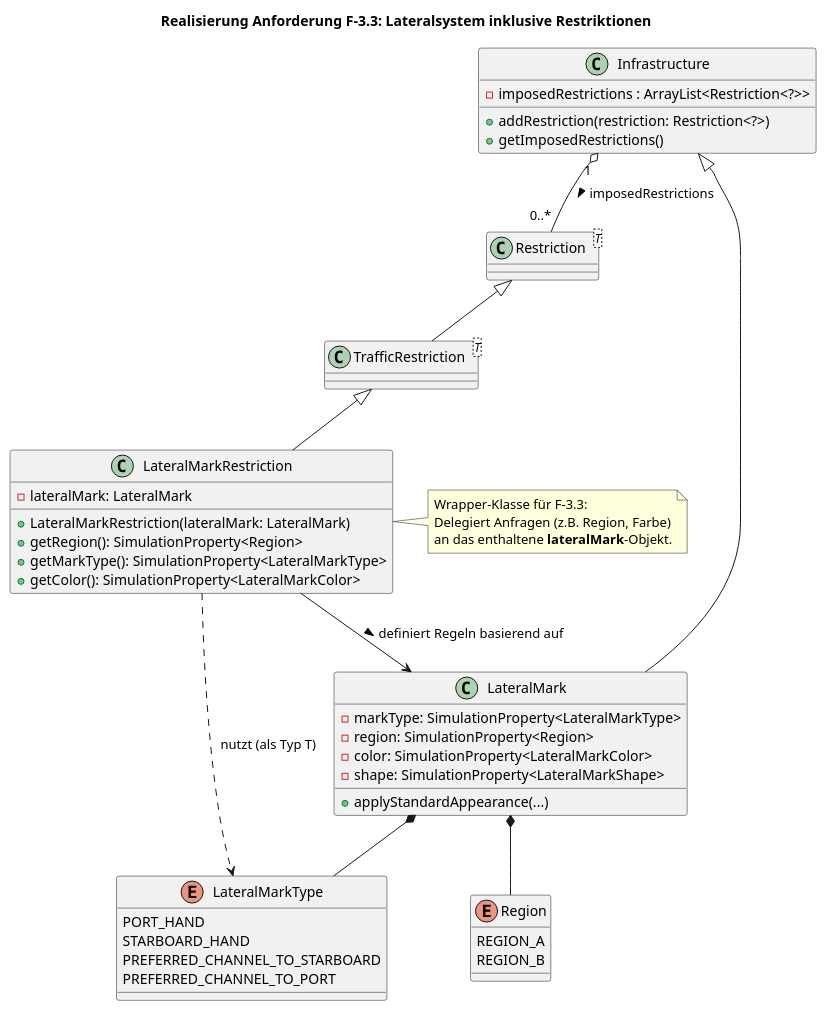
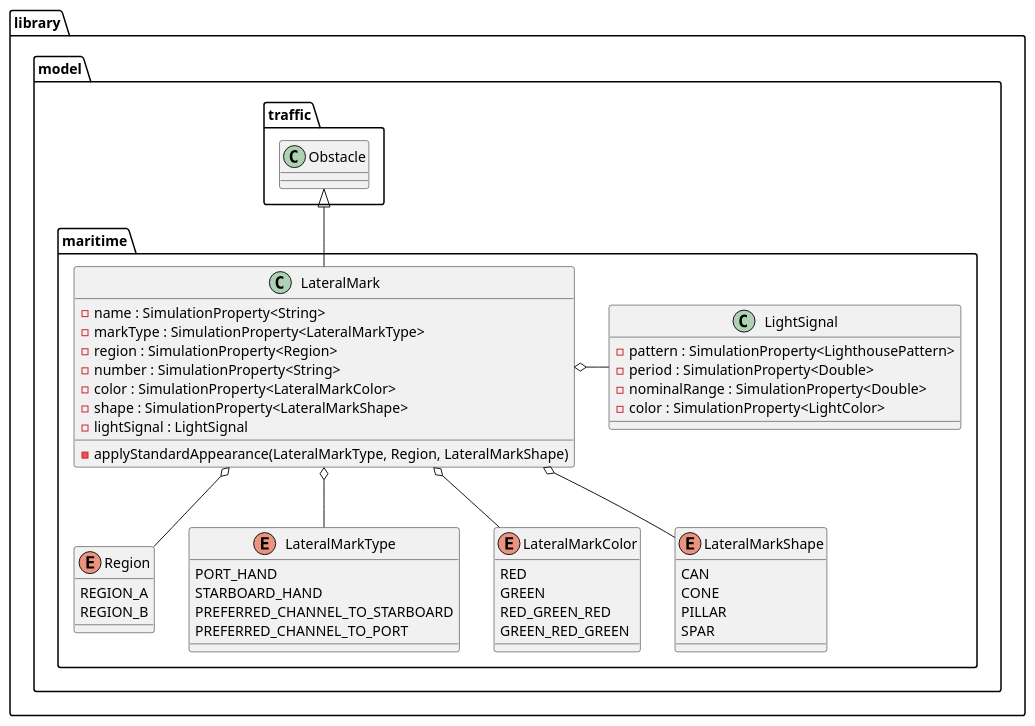
One commit to Jannik-Baar/mdtsenv changed the diagram in uml/F-33.puml. Above: the diagram before and after it, drawn with PlantUML. The commit also changed 15 other files, not shown here.

```diff
--- a/uml/F-33.puml
+++ b/uml/F-33.puml
@@ -1,82 +1,65 @@
 @startuml
 
-title Realisierung Anforderung F-3.3: Lateralsystem inklusive Restriktionen
-
-' --- Basis-Klassen der Bibliothek ---
-
-' Abstrakte Basisklasse für Einschränkungen
-class "Restriction<T>" as Restriction {
+package library.model.traffic {
+  class Obstacle {
+  }
 }
 
-' Zwischenklasse für Verkehrsrestriktionen
-class "TrafficRestriction<T>" as TrafficRestriction {
-}
+package library.model.maritime {
 
-' Infrastruktur als Basis für Objekte
-class Infrastructure {
-    - imposedRestrictions : ArrayList<Restriction<?>>
-    + addRestriction(restriction: Restriction<?>)
-    + getImposedRestrictions()
-}
+  enum Region {
+    REGION_A
+    REGION_B
+  }
 
-' --- Kernklassen für F-3.3 (Lateral System) ---
-
-' Die konkrete Restriktion für Lateralzeichen
-class LateralMarkRestriction {
-    - lateralMark: LateralMark
-
-    + LateralMarkRestriction(lateralMark: LateralMark)
-    + getRegion(): SimulationProperty<Region>
-    + getMarkType(): SimulationProperty<LateralMarkType>
-    + getColor(): SimulationProperty<LateralMarkColor>
-}
-
-' Das Lateralzeichen selbst
-class LateralMark {
-    - markType: SimulationProperty<LateralMarkType>
-    - region: SimulationProperty<Region>
-    - color: SimulationProperty<LateralMarkColor>
-    - shape: SimulationProperty<LateralMarkShape>
-
-    + applyStandardAppearance(...)
-}
-
-' --- Enums und Typen ---
-
-enum LateralMarkType {
+  enum LateralMarkType {
     PORT_HAND
     STARBOARD_HAND
     PREFERRED_CHANNEL_TO_STARBOARD
     PREFERRED_CHANNEL_TO_PORT
+  }
+
+  enum LateralMarkColor {
+    RED
+    GREEN
+    RED_GREEN_RED
+    GREEN_RED_GREEN
+  }
+
+  enum LateralMarkShape {
+    CAN
+    CONE
+    PILLAR
+    SPAR
+  }
+
+  class LightSignal {
+      - pattern : SimulationProperty<LighthousePattern>
+      - period : SimulationProperty<Double>
+      - nominalRange : SimulationProperty<Double>
+      - color : SimulationProperty<LightColor>
+  }
+
+  class LateralMark {
+    - name : SimulationProperty<String>
+    - markType : SimulationProperty<LateralMarkType>
+    - region : SimulationProperty<Region>
+    - number : SimulationProperty<String>
+    - color : SimulationProperty<LateralMarkColor>
+    - shape : SimulationProperty<LateralMarkShape>
+    - lightSignal : LightSignal
+
+    - applyStandardAppearance(LateralMarkType, Region, LateralMarkShape)
+  }
+
+  ' Beziehungen
+  LateralMark -up-|> library.model.traffic.Obstacle
+
+  LateralMark o-- LateralMarkType
+  LateralMark o-- Region
+  LateralMark o-- LateralMarkColor
+  LateralMark o-- LateralMarkShape
+  LateralMark o-r- LightSignal
 }
 
-enum Region {
-    REGION_A
-    REGION_B
-}
-
-' --- Beziehungen ---
-
-' Vererbungshierarchien
-Restriction <|-- TrafficRestriction
-TrafficRestriction <|-- LateralMarkRestriction
-Infrastructure <|-- LateralMark
-
-' Infrastruktur besitzt eine Liste von Restriktionen
-Infrastructure "1" o-- "0..*" Restriction : imposedRestrictions >
-
-' Die LateralMarkRestriction referenziert das konkrete Zeichen
-LateralMarkRestriction --> LateralMark : definiert Regeln basierend auf >
-
-' Nutzung der Enums
-LateralMark *-- LateralMarkType
-LateralMark *-- Region
-LateralMarkRestriction ..> LateralMarkType : nutzt (als Typ T)
-
-note right of LateralMarkRestriction
-  Wrapper-Klasse für F-3.3:
-  Delegiert Anfragen (z.B. Region, Farbe)
-  an das enthaltene <b>lateralMark</b>-Objekt.
-end note
-
 @enduml
```
